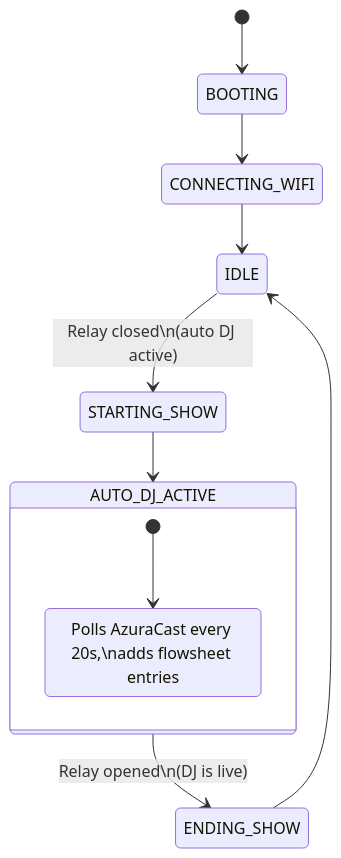
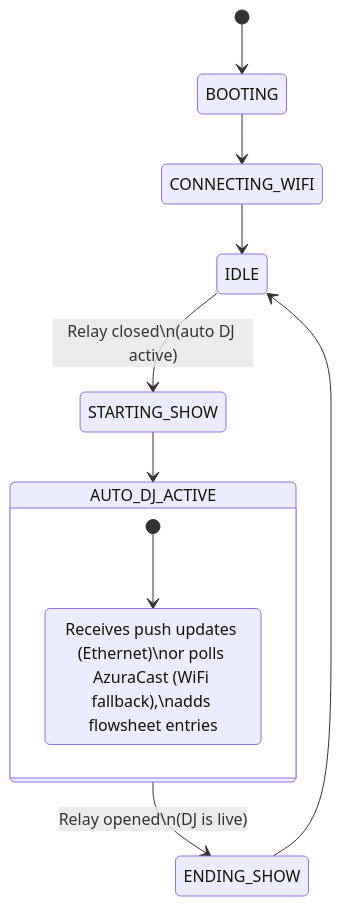
Before and after one commit to WXYC/auto-dj-arduino-switch: the third of 3 diagrams in README.md, drawn with Mermaid. The commit also changed other lines of this file and 3 other files, not shown here.

````diff
--- a/README.md
+++ b/README.md
@@ -20,15 +45,15 @@
 ```mermaid
 stateDiagram-v2
     [*] --> BOOTING
     BOOTING --> CONNECTING_WIFI
     CONNECTING_WIFI --> IDLE
     IDLE --> STARTING_SHOW : Relay closed\n(auto DJ active)
     STARTING_SHOW --> AUTO_DJ_ACTIVE
     AUTO_DJ_ACTIVE --> ENDING_SHOW : Relay opened\n(DJ is live)
     ENDING_SHOW --> IDLE
 
     state AUTO_DJ_ACTIVE {
-        [*] --> Polling
-        Polling : Polls AzuraCast every 20s,\nadds flowsheet entries
+        [*] --> TrackDetection
+        TrackDetection : Receives push updates (Ethernet)\nor polls AzuraCast (WiFi fallback),\nadds flowsheet entries
     }
 ```
````
